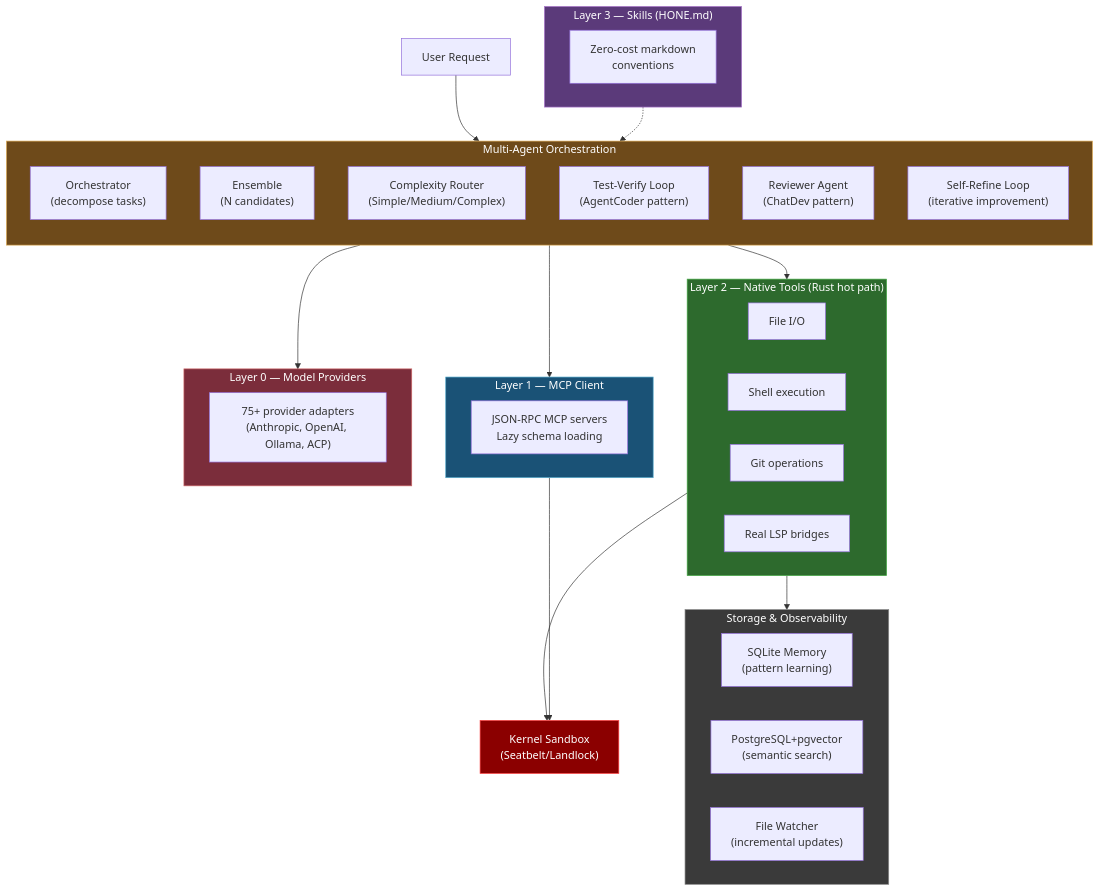
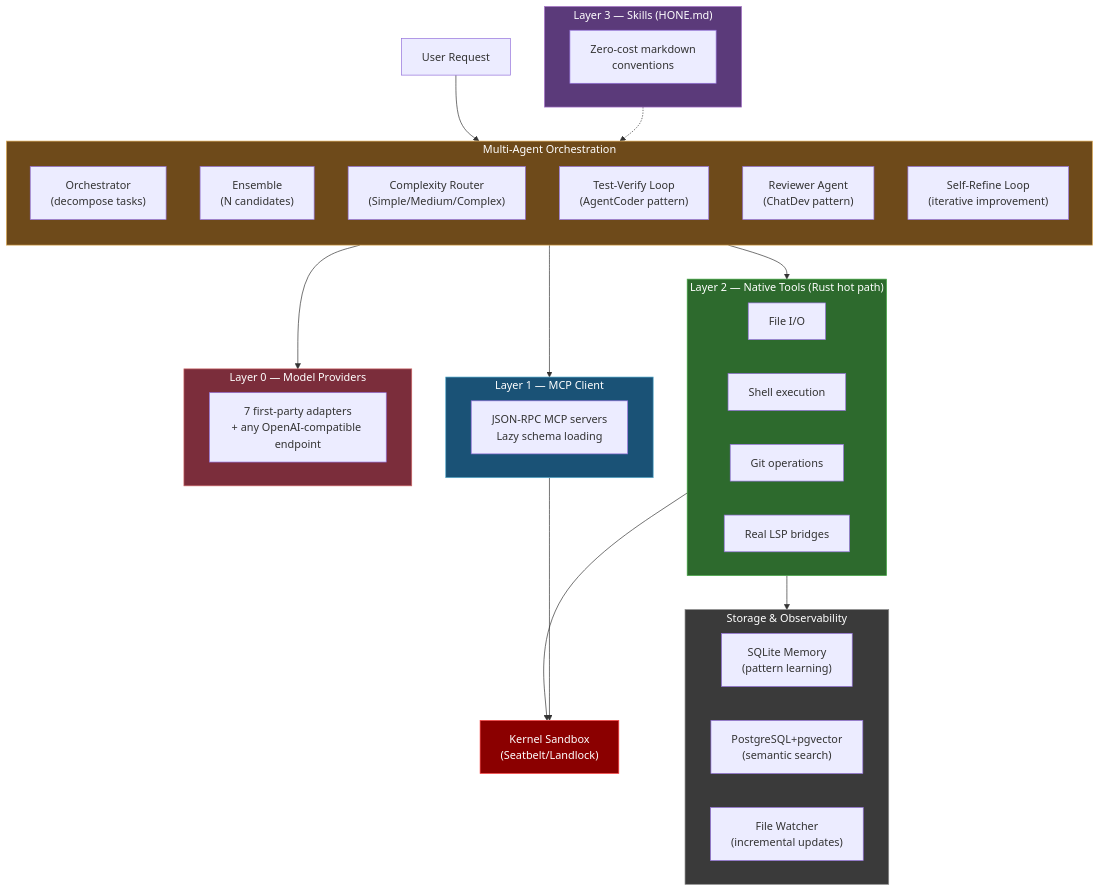
Before and after one commit to wojciechkpl/hone: the diagram in docs/index.md, drawn with Mermaid. The commit also changed other lines of this file and 4 other files, not shown here.

````diff
--- a/docs/index.md
+++ b/docs/index.md
@@ -202,62 +202,62 @@
 ```mermaid
 graph TB
     User["User Request"]
     
     subgraph MultiAgent["Multi-Agent Orchestration"]
         direction TB
         Orch["Orchestrator<br/>(decompose tasks)"]
         Ensemble["Ensemble<br/>(N candidates)"]
         Router["Complexity Router<br/>(Simple/Medium/Complex)"]
         TestLoop["Test-Verify Loop<br/>(AgentCoder pattern)"]
         Reviewer["Reviewer Agent<br/>(ChatDev pattern)"]
         SelfRefine["Self-Refine Loop<br/>(iterative improvement)"]
     end
 
     subgraph L3["Layer 3 — Skills (HONE.md)"]
         direction LR
         HM["Zero-cost markdown<br/>conventions"]
     end
 
     subgraph L2["Layer 2 — Native Tools (Rust hot path)"]
         direction LR
         FIO["File I/O"]
         Shell["Shell execution"]
         Git["Git operations"]
         LSP["Real LSP bridges"]
     end
 
     subgraph L1["Layer 1 — MCP Client"]
         direction LR
         MCP["JSON-RPC MCP servers<br/>Lazy schema loading"]
     end
 
     subgraph L0["Layer 0 — Model Providers"]
         direction LR
-        Providers["75+ provider adapters<br/>(Anthropic, OpenAI, Ollama, ACP)"]
+        Providers["7 first-party adapters<br/>+ any OpenAI-compatible endpoint"]
     end
 
     subgraph Storage["Storage & Observability"]
         Memory["SQLite Memory<br/>(pattern learning)"]
         Index["PostgreSQL+pgvector<br/>(semantic search)"]
         Watcher["File Watcher<br/>(incremental updates)"]
     end
 
     Sandbox["Kernel Sandbox<br/>(Seatbelt/Landlock)"]
 
     User --> MultiAgent
     MultiAgent --> L2
     MultiAgent --> L1
     MultiAgent --> L0
     L2 --> Sandbox
     L2 --> Storage
     L1 --> Sandbox
     L3 -.-> MultiAgent
     
     style L2 fill:#2d6a2d,stroke:#4a4,color:#fff
     style L1 fill:#1a5276,stroke:#5ac,color:#fff
     style L0 fill:#7b2d3b,stroke:#c66,color:#fff
     style L3 fill:#5b3a7a,stroke:#a7c,color:#fff
     style MultiAgent fill:#6e4a1a,stroke:#da5,color:#fff
     style Storage fill:#3a3a3a,stroke:#888,color:#fff
     style Sandbox fill:#8b0000,stroke:#f44,color:#fff
 ```
````
